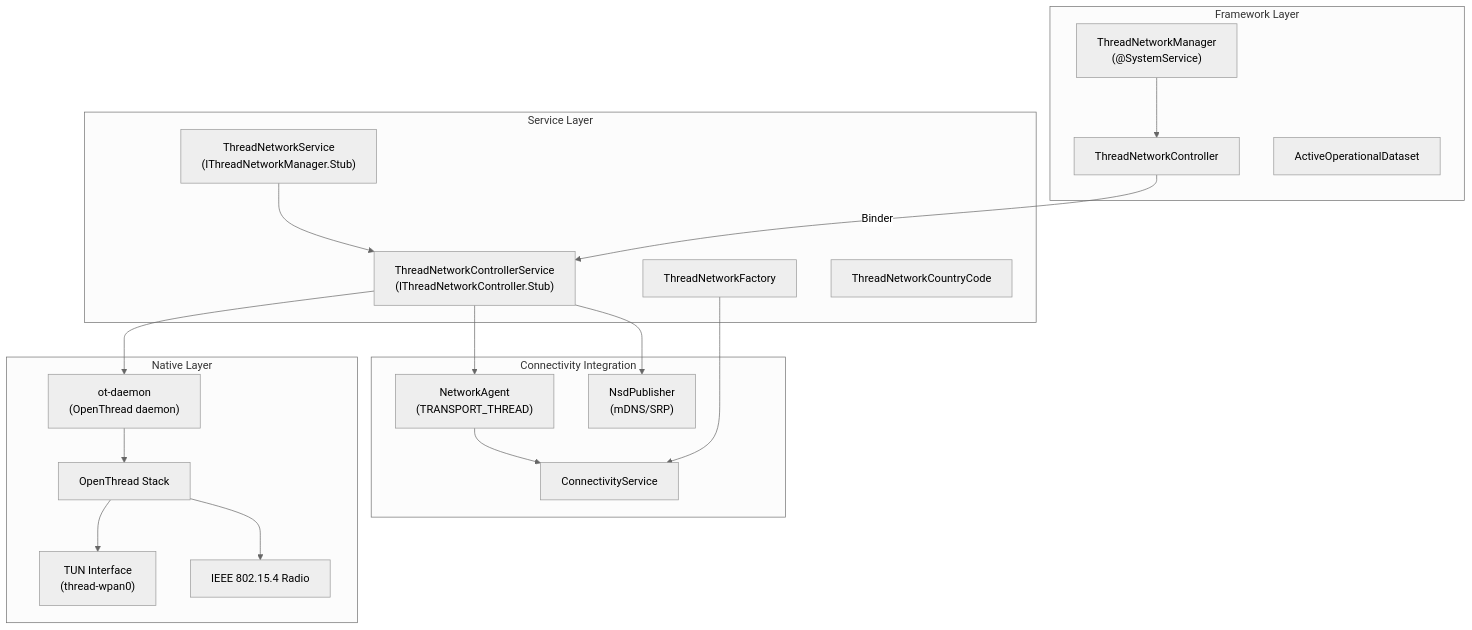
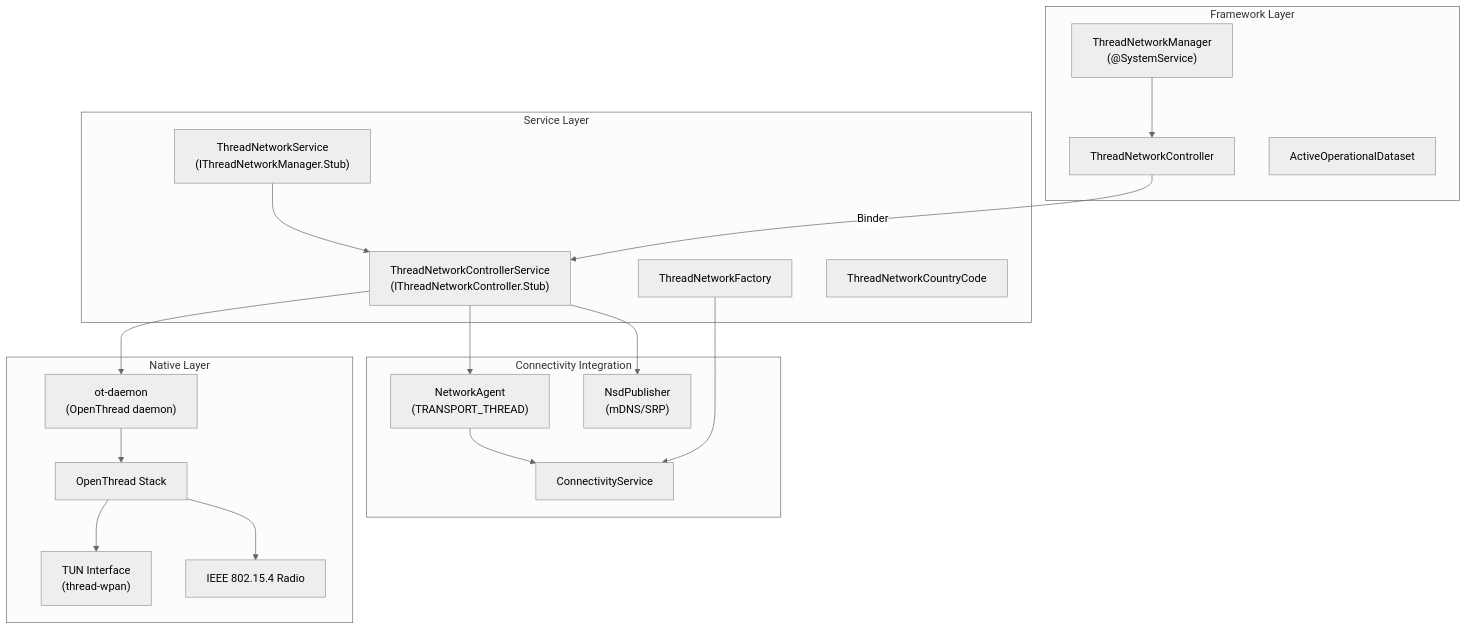
One commit to aospbooks/aosp-internal-book changed diagram 37 of 55 in 35-networking.md. Above: the diagram before and after it, drawn with Mermaid (neutral theme). The commit also changed other lines of this file and 218 other files, not shown here.

````diff
--- a/35-networking.md
+++ b/35-networking.md
@@ -3002,40 +3010,40 @@
 ```mermaid
 graph TD
     subgraph "Framework Layer"
         TNM["ThreadNetworkManager<br/>(@SystemService)"]
         TNC["ThreadNetworkController"]
         AOD["ActiveOperationalDataset"]
     end
 
     subgraph "Service Layer"
         TNS["ThreadNetworkService<br/>(IThreadNetworkManager.Stub)"]
         TNCS["ThreadNetworkControllerService<br/>(IThreadNetworkController.Stub)"]
         TNF["ThreadNetworkFactory"]
         TNCC["ThreadNetworkCountryCode"]
     end
 
     subgraph "Native Layer"
         OTD["ot-daemon<br/>(OpenThread daemon)"]
         OT["OpenThread Stack"]
-        TUN["TUN Interface<br/>(thread-wpan0)"]
+        TUN["TUN Interface<br/>(thread-wpan)"]
         IEEE["IEEE 802.15.4 Radio"]
     end
 
     subgraph "Connectivity Integration"
         CS["ConnectivityService"]
         NA["NetworkAgent<br/>(TRANSPORT_THREAD)"]
         MDNS["NsdPublisher<br/>(mDNS/SRP)"]
     end
 
     TNM --> TNC
     TNC -->|Binder| TNCS
     TNCS --> OTD
     OTD --> OT
     OT --> TUN
     OT --> IEEE
     TNCS --> NA
     NA --> CS
     TNCS --> MDNS
     TNS --> TNCS
     TNF --> CS
 ```
````
